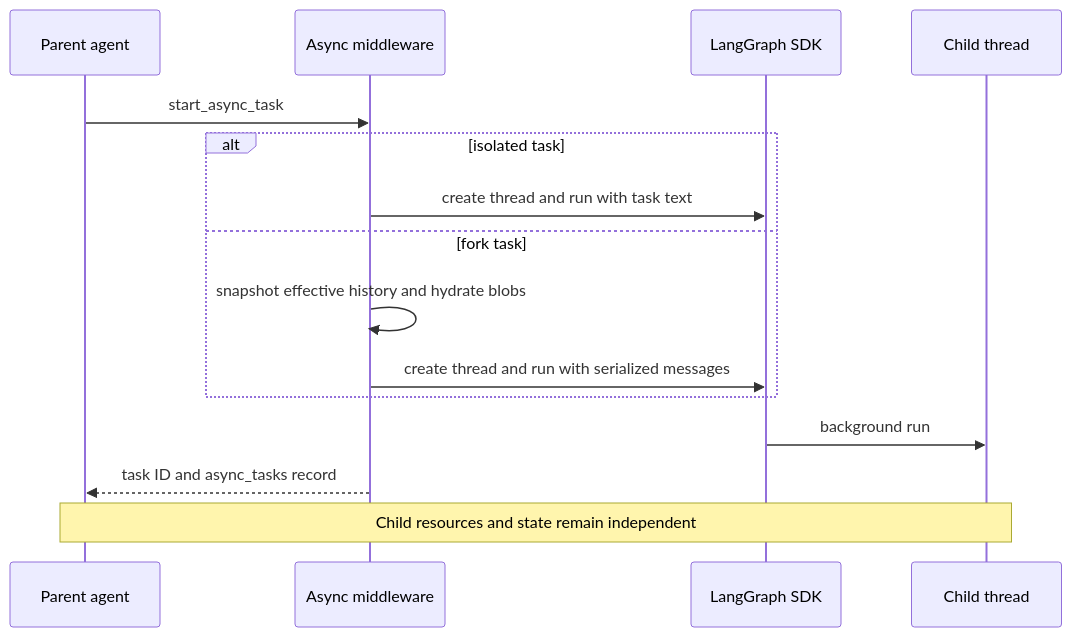
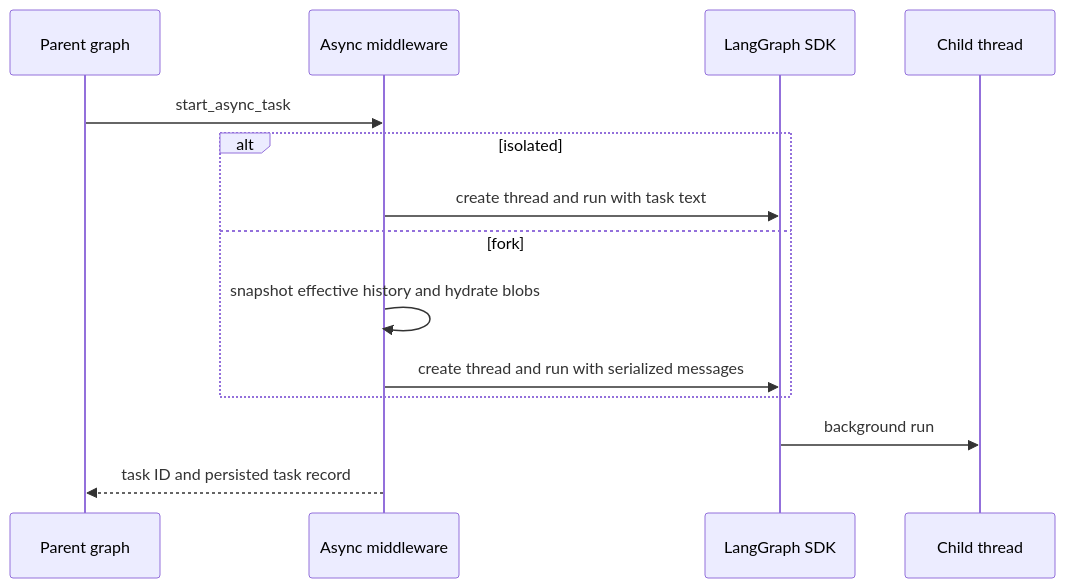
One commit to langchain-ai/deepagents changed the second of 4 diagrams in openwiki/architecture/runtime-behavior.md. Above: the diagram before and after it, drawn with Mermaid. The commit also changed other lines of this file and 37 other files, not shown here.

````diff
--- a/openwiki/architecture/runtime-behavior.md
+++ b/openwiki/architecture/runtime-behavior.md
@@ -79,17 +73,16 @@
 ```mermaid
 sequenceDiagram
-    participant Lead as Parent agent
-    participant Async as Async middleware
+    participant Parent as Parent graph
+    participant Middleware as Async middleware
     participant SDK as LangGraph SDK
     participant Child as Child thread
-    Lead->>Async: start_async_task
-    alt isolated task
-        Async->>SDK: create thread and run with task text
-    else fork task
-        Async->>Async: snapshot effective history and hydrate blobs
-        Async->>SDK: create thread and run with serialized messages
+    Parent->>Middleware: start_async_task
+    alt isolated
+        Middleware->>SDK: create thread and run with task text
+    else fork
+        Middleware->>Middleware: snapshot effective history and hydrate blobs
+        Middleware->>SDK: create thread and run with serialized messages
     end
     SDK->>Child: background run
-    Async-->>Lead: task ID and async_tasks record
-    Note over Lead,Child: Child resources and state remain independent
+    Middleware-->>Parent: task ID and persisted task record
 ```
````
